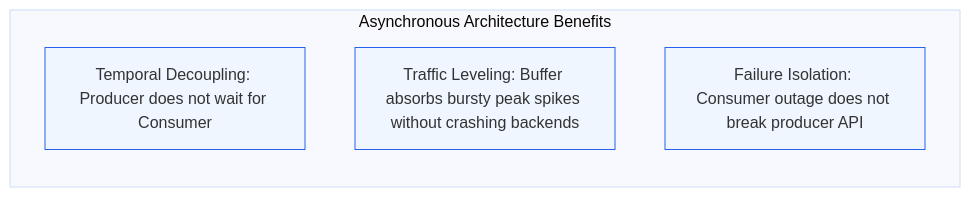
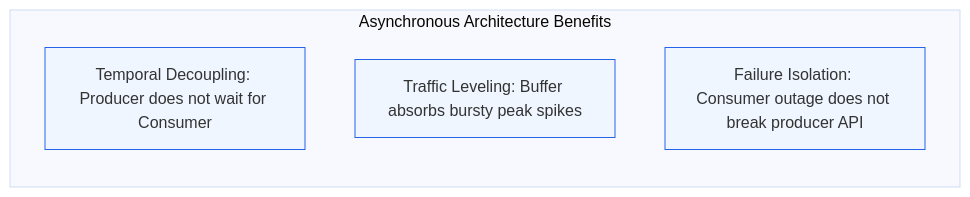
One commit to kvai9826/system-design-for-program-managers changed the first of 5 diagrams in 02-data-architecture/04-message-queues-streaming.md. Above: the diagram before and after it, drawn with Mermaid (base theme). The commit also changed other lines of this file and 30 other files, not shown here.

````diff
--- a/02-data-architecture/04-message-queues-streaming.md
+++ b/02-data-architecture/04-message-queues-streaming.md
@@ -11,11 +15,11 @@
 ```mermaid
 flowchart LR
     subgraph Benefits [Asynchronous Architecture Benefits]
         B1[Temporal Decoupling: Producer does not wait for Consumer]
-        B2[Traffic Leveling: Buffer absorbs bursty peak spikes without crashing backends]
+        B2[Traffic Leveling: Buffer absorbs bursty peak spikes]
         B3[Failure Isolation: Consumer outage does not break producer API]
     end
 
     classDef bStyle fill:#eff6ff,stroke:#2563eb,stroke-width:1px;
     class B1,B2,B3 bStyle;
 ```
````
